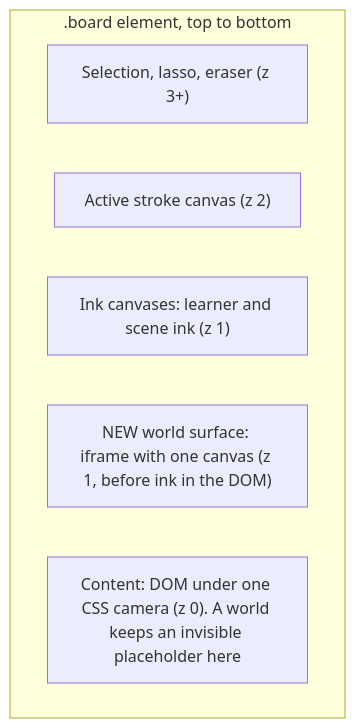
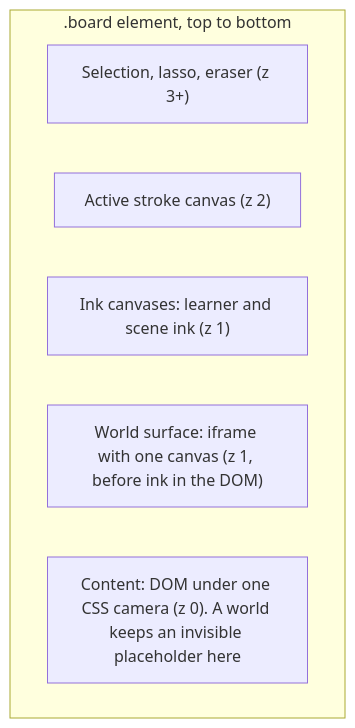
Before and after one commit to Nordup/askaboard: the first of 6 diagrams in docs/learning-space/one-world-architecture.md, drawn with Mermaid. The commit also changed other lines of this file and 18 other files, not shown here.

````diff
--- a/docs/learning-space/one-world-architecture.md
+++ b/docs/learning-space/one-world-architecture.md
@@ -14,10 +13,10 @@
 ```mermaid
 flowchart TB
   subgraph Board [".board element, top to bottom"]
     S["Selection, lasso, eraser (z 3+)"]
     A["Active stroke canvas (z 2)"]
     I["Ink canvases: learner and scene ink (z 1)"]
-    W["NEW world surface: iframe with one canvas (z 1, before ink in the DOM)"]
+    W["World surface: iframe with one canvas (z 1, before ink in the DOM)"]
     C["Content: DOM under one CSS camera (z 0). A world keeps an invisible placeholder here"]
   end
 ```
````
